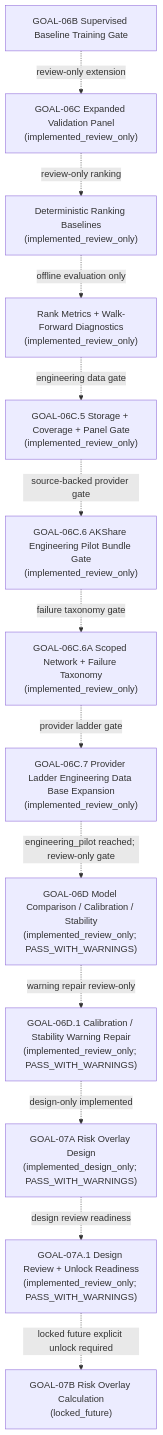
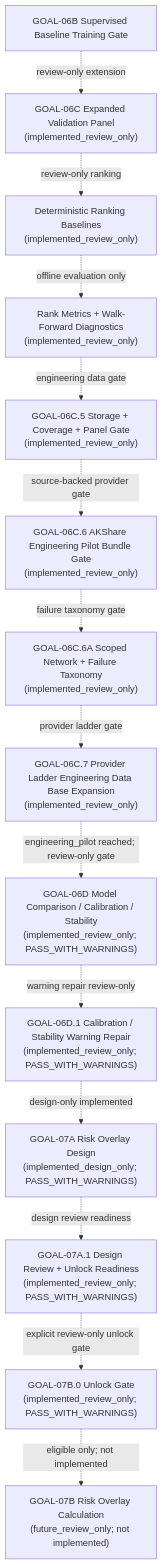
One commit to RyanLu0203/A_share_premarket_core changed the second of 2 diagrams in README.md. Above: the diagram before and after it, drawn with Mermaid. The commit also changed other lines of this file and 61 other files, not shown here.

Commit message:
Add GOAL-07B.0 review-only unlock gate

````diff
--- a/README.md
+++ b/README.md
@@ -98,15 +101,16 @@
 ```mermaid
 flowchart TD
     A["GOAL-06B Supervised Baseline Training Gate"] -. "review-only extension" .-> B["GOAL-06C Expanded Validation Panel<br/>(implemented_review_only)"]
     B -. "review-only ranking" .-> C["Deterministic Ranking Baselines<br/>(implemented_review_only)"]
     C -. "offline evaluation only" .-> D["Rank Metrics + Walk-Forward Diagnostics<br/>(implemented_review_only)"]
     D -. "engineering data gate" .-> E["GOAL-06C.5 Storage + Coverage + Panel Gate<br/>(implemented_review_only)"]
     E -. "source-backed provider gate" .-> G["GOAL-06C.6 AKShare Engineering Pilot Bundle Gate<br/>(implemented_review_only)"]
     G -. "failure taxonomy gate" .-> H["GOAL-06C.6A Scoped Network + Failure Taxonomy<br/>(implemented_review_only)"]
     H -. "provider ladder gate" .-> I["GOAL-06C.7 Provider Ladder Engineering Data Base Expansion<br/>(implemented_review_only)"]
     I -. "engineering_pilot reached; review-only gate" .-> F["GOAL-06D Model Comparison / Calibration / Stability<br/>(implemented_review_only; PASS_WITH_WARNINGS)"]
     F -. "warning repair review-only" .-> I2["GOAL-06D.1 Calibration / Stability Warning Repair<br/>(implemented_review_only; PASS_WITH_WARNINGS)"]
     I2 -. "design-only implemented" .-> J["GOAL-07A Risk Overlay Design<br/>(implemented_design_only; PASS_WITH_WARNINGS)"]
     J -. "design review readiness" .-> J2["GOAL-07A.1 Design Review + Unlock Readiness<br/>(implemented_review_only; PASS_WITH_WARNINGS)"]
-    J2 -. "locked future explicit unlock required" .-> K["GOAL-07B Risk Overlay Calculation<br/>(locked_future)"]
+    J2 -. "explicit review-only unlock gate" .-> J3["GOAL-07B.0 Unlock Gate<br/>(implemented_review_only; PASS_WITH_WARNINGS)"]
+    J3 -. "eligible only; not implemented" .-> K["GOAL-07B Risk Overlay Calculation<br/>(future_review_only; not implemented)"]
 ```
````
